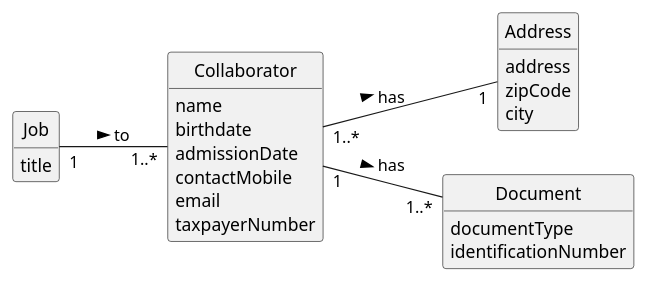
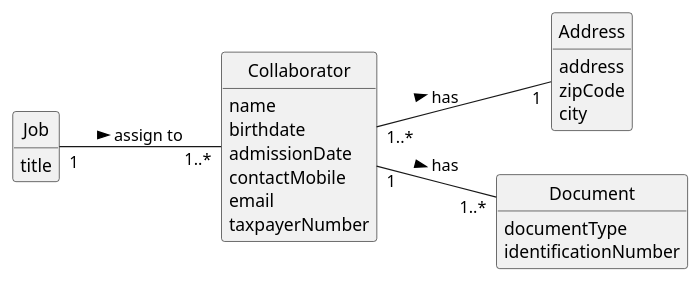
The diagram in docs/sprintB/us003/02.analysis/puml/us003-domain-model.puml (ricardomm7/leaflink), drawn with PlantUML before and after one commit. The commit also changed 3 other files, not shown here.

```diff
--- a/docs/sprintB/us003/02.analysis/puml/us003-domain-model.puml
+++ b/docs/sprintB/us003/02.analysis/puml/us003-domain-model.puml
@@ -1,52 +1,52 @@
 @startuml
 skinparam monochrome true
 skinparam packageStyle rectangle
 skinparam shadowing false
 
 left to right direction
 
 skinparam classAttributeIconSize 0
 
 hide circle
 hide methods
 
 
 class Job {
     title
 }
 
 class Collaborator {
     name
     birthdate
     admissionDate
     contactMobile
     email
     taxpayerNumber
 }
 
 'class Person {
  '   name
  '   birthdate
  '   contactMobile
  '   email
  '   taxpayerNumber
 '}
 
 class Address{
     address
     zipCode
     city
 
 }
 
 class Document{
   documentType
   identificationNumber
 }
 
 ' Relationships
 Collaborator "1..*" -- "1" Address: has  >
 Collaborator  "1" -- "1..*"  Document : has >
-Job "1" -- "1..*" Collaborator : to >
+Job "1" -- "1..*" Collaborator : assign to >
 
 @enduml
```
